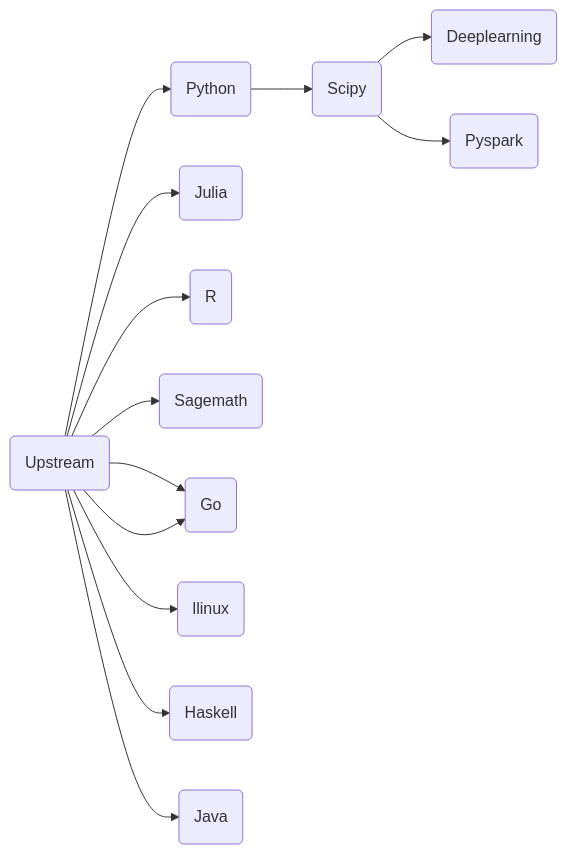
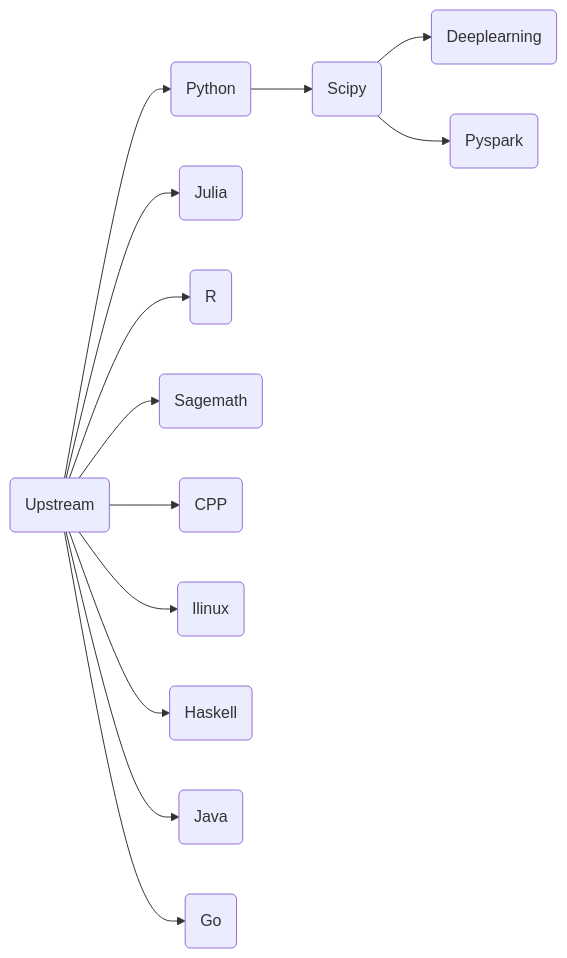
The diagram in README.md (ben0i0d/jupyter-image-stacks), drawn with Mermaid before and after one commit. The commit also changed 2 other files, not shown here.

Commit message:
Update 3 files
- /go/Dockerfile
- /.gitlab-ci.yml
- /README.md

````diff
--- a/README.md
+++ b/README.md
@@ -75,14 +75,14 @@
 ```mermaid
 graph LR
 A(Upstream)-->B(Python)-->C(Scipy)
 A-->F(Julia)
 A-->G(R)
 A-->H(Sagemath)
 A-->I(CPP)
 A-->J(llinux)
 A-->K(Haskell)
 A-->L(Java)
-A-->I(Go)
+A-->M(Go)
 C(Scipy)-->D(Deeplearning)  
 C(Scipy)-->E(Pyspark)  
 ```  
````
